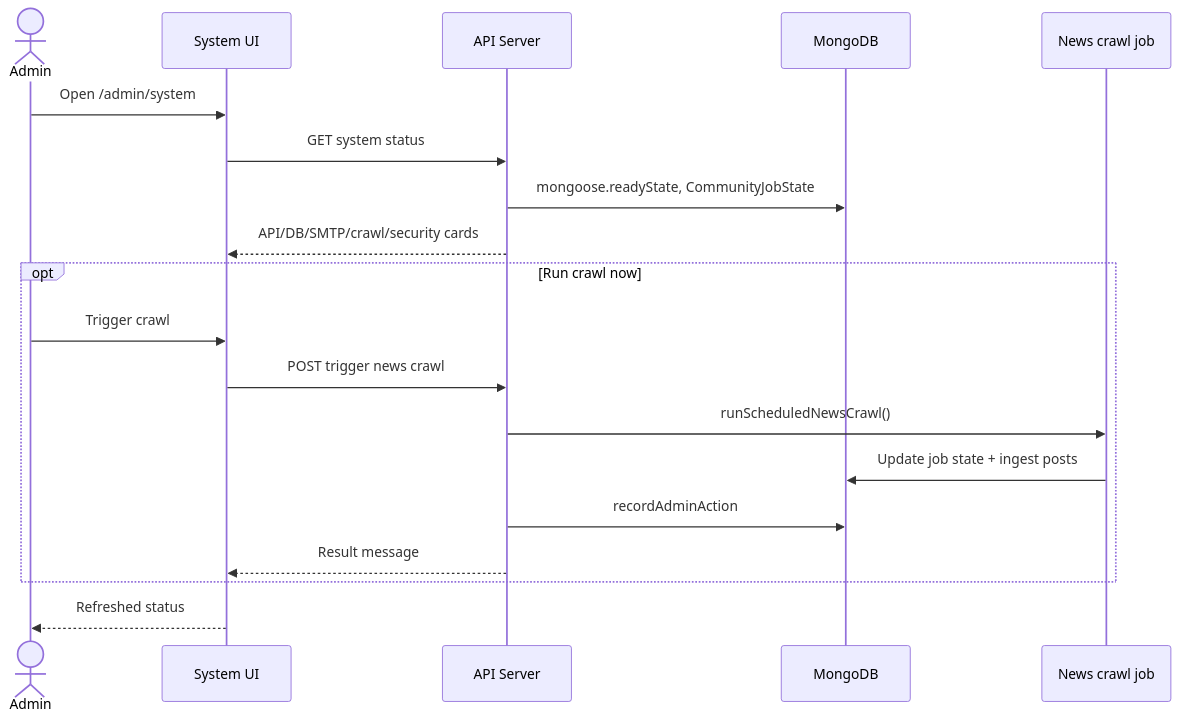
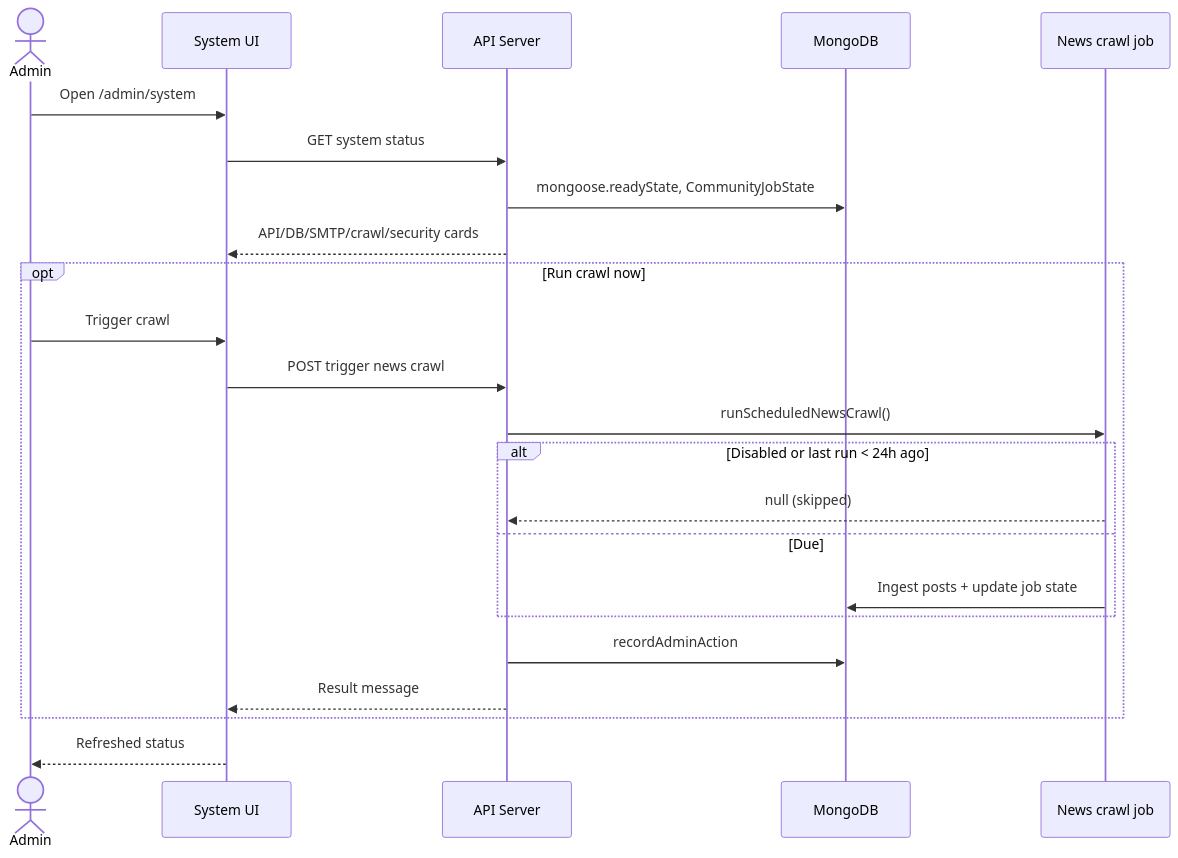
Diagram 18 of 18 in docs/diagrams/sequence-diagrams-supplement.md (quangg1/ASTRO_EDU), drawn with Mermaid before and after one commit. The commit also changed other lines of this file and 31 other files, not shown here.

First line of the commit message:
docs(diagrams): align use case and sequence diagrams with the code

````diff
--- a/docs/diagrams/sequence-diagrams-supplement.md
+++ b/docs/diagrams/sequence-diagrams-supplement.md
@@ -468,22 +497,26 @@
 ```mermaid
 sequenceDiagram
     actor Admin
     participant UI as System UI
     participant API as API Server
     participant DB as MongoDB
     participant Job as News crawl job
 
     Admin->>UI: Open /admin/system
     UI->>API: GET system status
     API->>DB: mongoose.readyState, CommunityJobState
     API-->>UI: API/DB/SMTP/crawl/security cards
     opt Run crawl now
         Admin->>UI: Trigger crawl
         UI->>API: POST trigger news crawl
         API->>Job: runScheduledNewsCrawl()
-        Job->>DB: Update job state + ingest posts
+        alt Disabled or last run < 24h ago
+            Job-->>API: null (skipped)
+        else Due
+            Job->>DB: Ingest posts + update job state
+        end
         API->>DB: recordAdminAction
         API-->>UI: Result message
     end
     UI-->>Admin: Refreshed status
 ```
````
